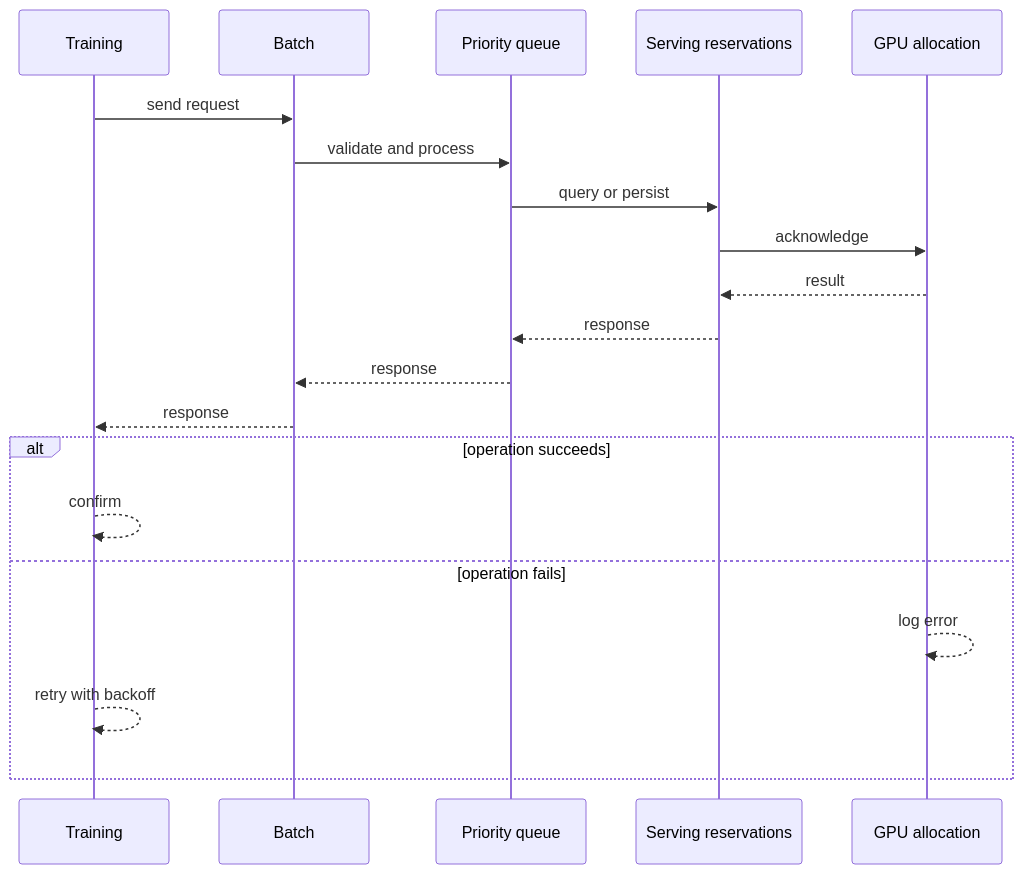
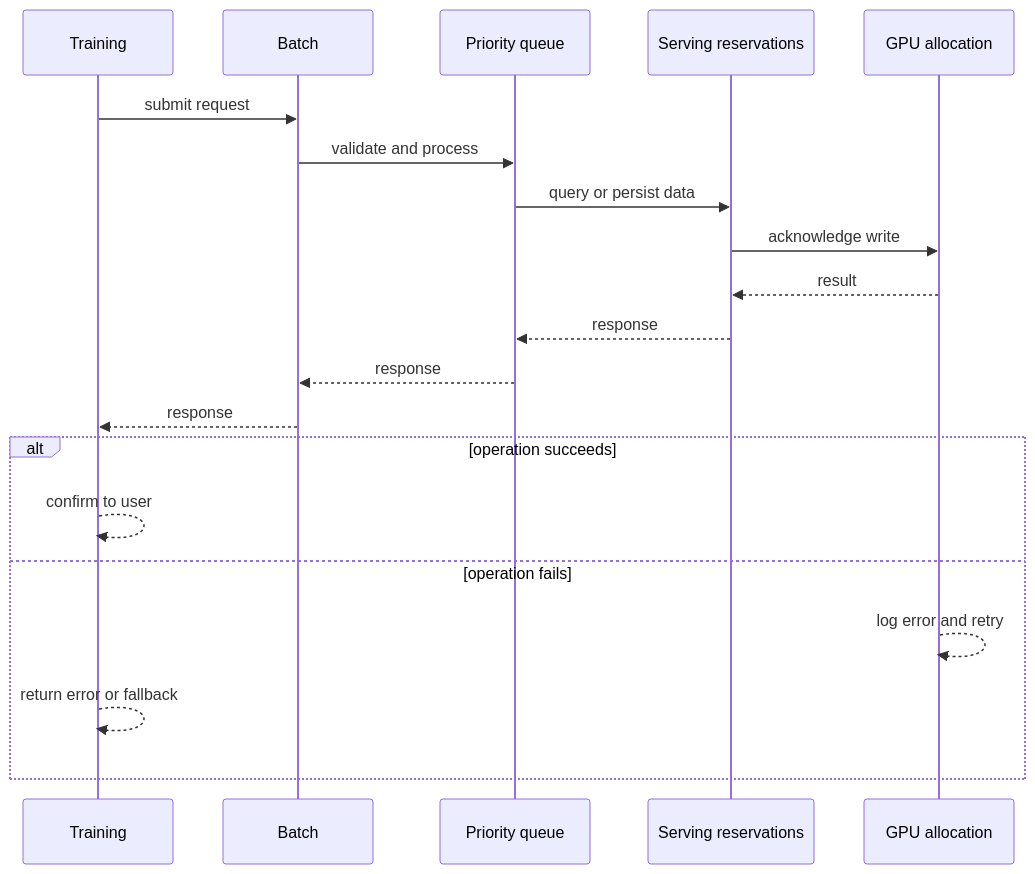
The second of 4 diagrams in case-studies/ai-systems/gpu-workload-scheduler.md (RIT-MESH/system-design-mastery), drawn with Mermaid before and after one commit. The commit also changed other lines of this file and 127 other files, not shown here.

First line of the commit message:
Improve all case study diagrams: case-specific sequences, fix truncated labels

````diff
--- a/case-studies/ai-systems/gpu-workload-scheduler.md
+++ b/case-studies/ai-systems/gpu-workload-scheduler.md
@@ -75,23 +75,23 @@
 ```mermaid
 %% created-for: system-design-mastery
 sequenceDiagram
-  participant C0 as Training
-  participant C1 as Batch
-  participant C2 as Priority queue
-  participant C3 as Serving reservations
-  participant C4 as GPU allocation
-  C0 ->> C1: send request
-  C1 ->> C2: validate and process
-  C2 ->> C3: query or persist
-  C3 ->> C4: acknowledge
-  C4 -->> C3: result
-  C3 -->> C2: response
-  C2 -->> C1: response
-  C1 -->> C0: response
+  participant P0 as Training
+  participant P1 as Batch
+  participant P2 as Priority queue
+  participant P3 as Serving reservations
+  participant P4 as GPU allocation
+  P0 ->> P1: submit request
+  P1 ->> P2: validate and process
+  P2 ->> P3: query or persist data
+  P3 ->> P4: acknowledge write
+  P4 -->> P3: result
+  P3 -->> P2: response
+  P2 -->> P1: response
+  P1 -->> P0: response
   alt operation succeeds
-    C0 -->> C0: confirm
+    P0 -->> P0: confirm to user
   else operation fails
-    C4 -->> C4: log error
-    C0 -->> C0: retry with backoff
+    P4 -->> P4: log error and retry
+    P0 -->> P0: return error or fallback
   end
 ```
````
